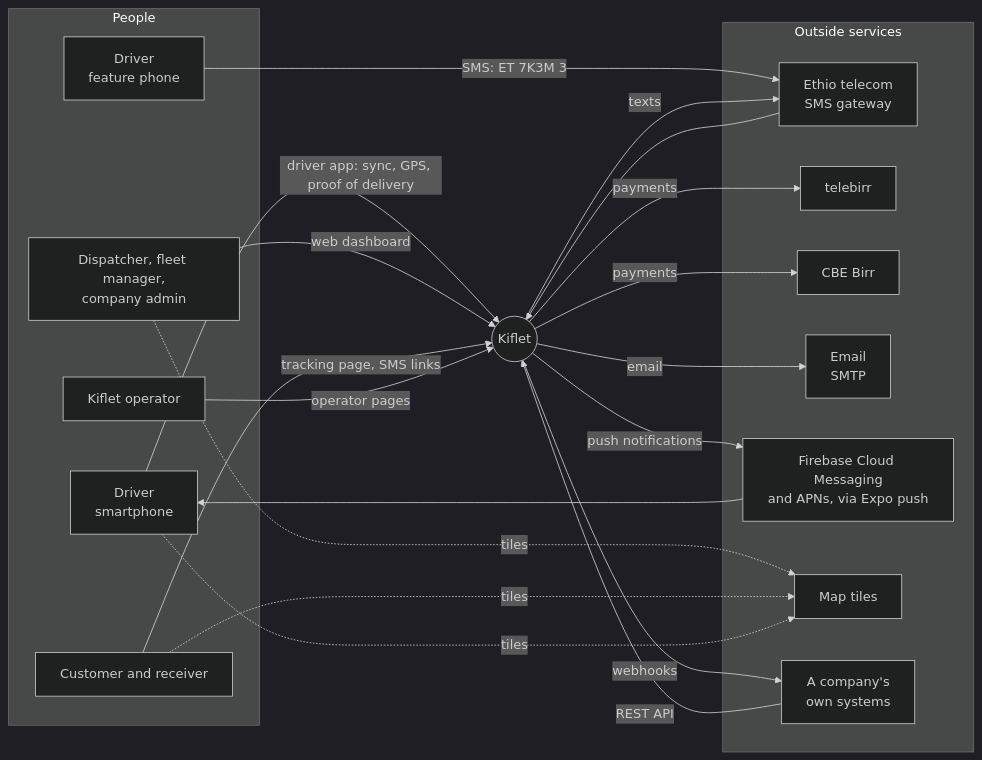
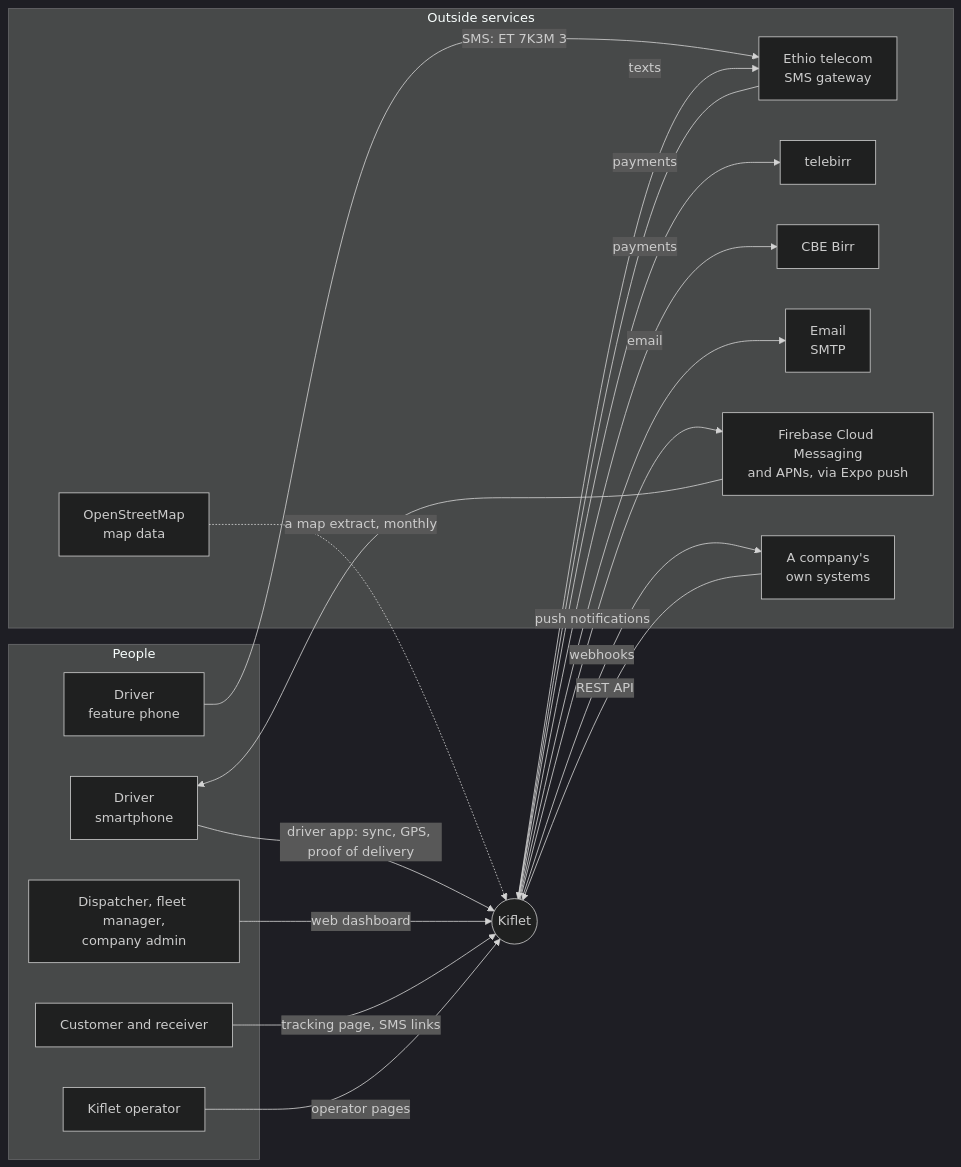
One commit to Kiflet/backend changed the first of 11 diagrams in docs/architecture.md. Above: the diagram before and after it, drawn with Mermaid (dark theme). The commit also changed other lines of this file and 19 other files, not shown here.

````diff
--- a/docs/architecture.md
+++ b/docs/architecture.md
@@ -73,35 +76,35 @@
 ```mermaid
 flowchart LR
   subgraph People
     D[Driver<br/>smartphone]
     F[Driver<br/>feature phone]
     O[Dispatcher, fleet manager,<br/>company admin]
     C[Customer and receiver]
     P[Kiflet operator]
   end
 
   K((Kiflet))
 
   subgraph Outside["Outside services"]
     ET[Ethio telecom<br/>SMS gateway]
     TB[telebirr]
     CB[CBE Birr]
     SM[Email<br/>SMTP]
     FCM[Firebase Cloud Messaging<br/>and APNs, via Expo push]
-    OSM[Map tiles]
+    OSM[OpenStreetMap<br/>map data]
     CS[A company's<br/>own systems]
   end
 
   D -- "driver app: sync, GPS, proof of delivery" --> K
   F -- "SMS: ET 7K3M 3" --> ET --> K
   O -- "web dashboard" --> K
   C -- "tracking page, SMS links" --> K
   P -- "operator pages" --> K
   K -- "texts" --> ET
   K -- "payments" --> TB & CB
   K -- "email" --> SM
   K -- "push notifications" --> FCM --> D
-  O & C & D -. tiles .-> OSM
+  OSM -. "a map extract, monthly" .-> K
   CS -- "REST API" --> K
   K -- "webhooks" --> CS
 ```
````
